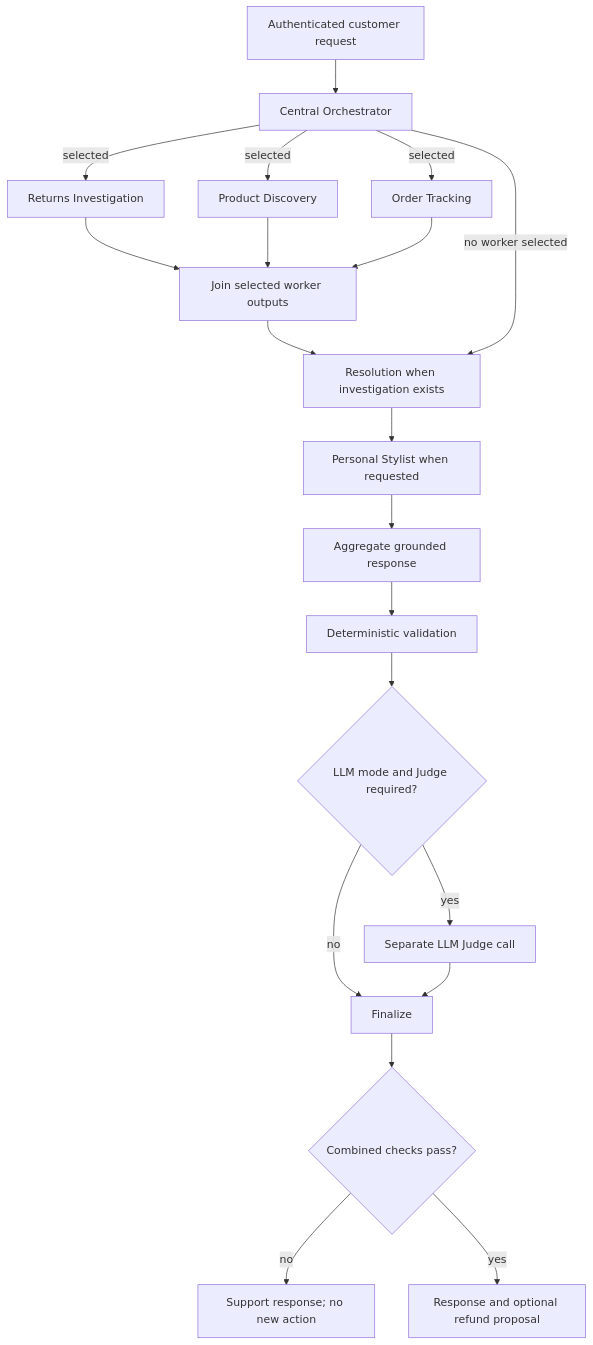
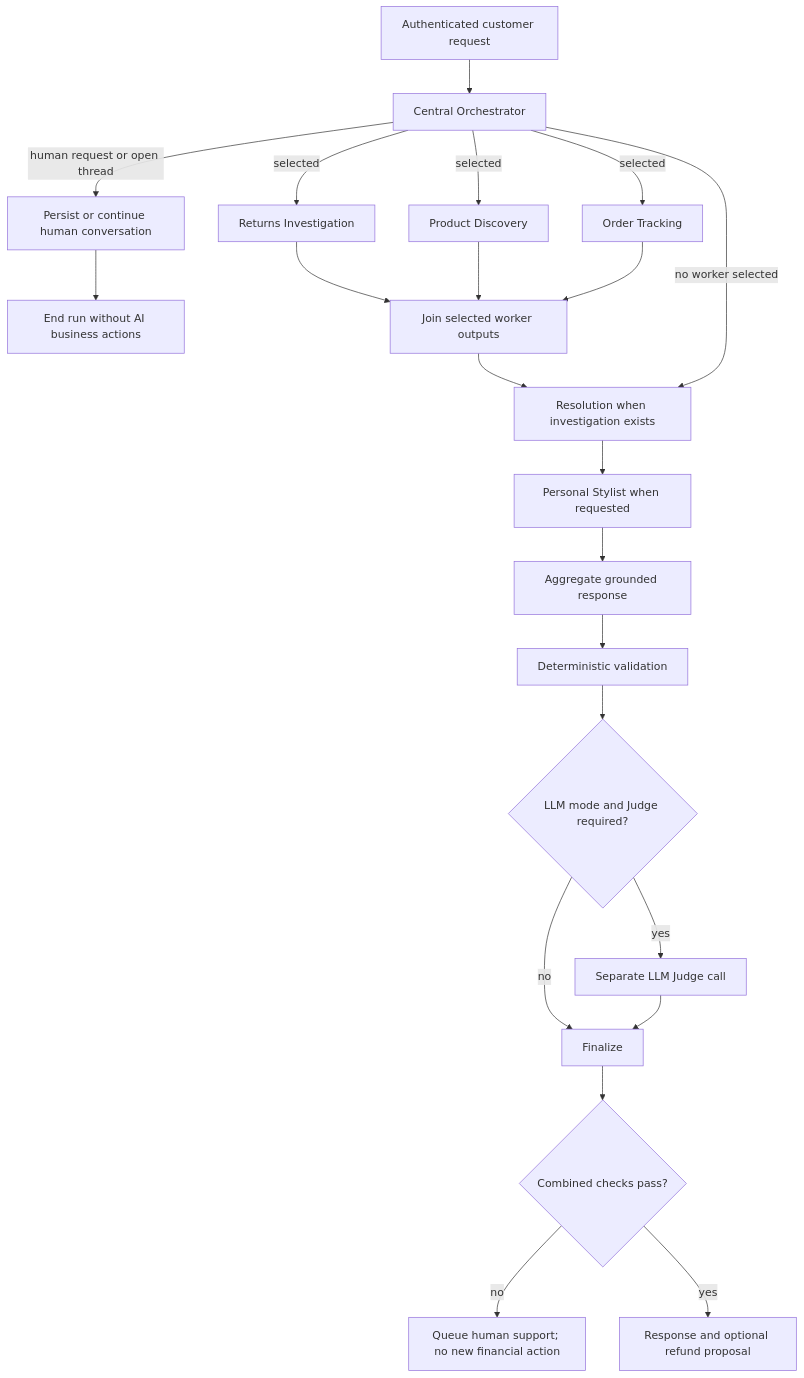
The second of 6 diagrams in docs/ARCHITECTURE.md (ManoochTayebi/Multi_agent_client), drawn with Mermaid before and after one commit. The commit also changed other lines of this file and 14 other files, not shown here.

Commit message:
Add direct human support handoff and operator conversation workflow

````diff
--- a/docs/ARCHITECTURE.md
+++ b/docs/ARCHITECTURE.md
@@ -80,22 +86,24 @@
 ```mermaid
 flowchart TD
     START[Authenticated customer request] --> ORCH[Central Orchestrator]
+    ORCH -->|human request or open thread| HANDOFF[Persist or continue human conversation]
+    HANDOFF --> HUMANEND[End run without AI business actions]
     ORCH -->|selected| RET[Returns Investigation]
     ORCH -->|selected| DISC[Product Discovery]
     ORCH -->|selected| TRACK[Order Tracking]
     RET --> JOIN[Join selected worker outputs]
     DISC --> JOIN
     TRACK --> JOIN
     JOIN --> RES[Resolution when investigation exists]
     ORCH -->|no worker selected| RES
     RES --> STYLE[Personal Stylist when requested]
     STYLE --> AGG[Aggregate grounded response]
     AGG --> VAL[Deterministic validation]
     VAL --> NEED{"LLM mode and Judge required?"}
     NEED -->|yes| JUDGE[Separate LLM Judge call]
     NEED -->|no| FIN[Finalize]
     JUDGE --> FIN
     FIN --> CHECK{"Combined checks pass?"}
-    CHECK -->|no| BLOCK[Support response; no new action]
+    CHECK -->|no| BLOCK[Queue human support; no new financial action]
     CHECK -->|yes| RESPONSE[Response and optional refund proposal]
 ```
````
